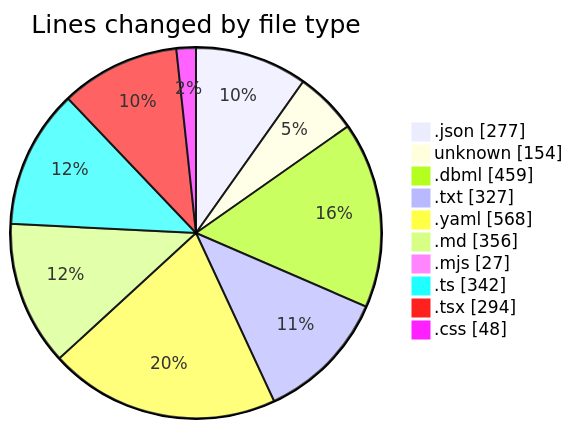
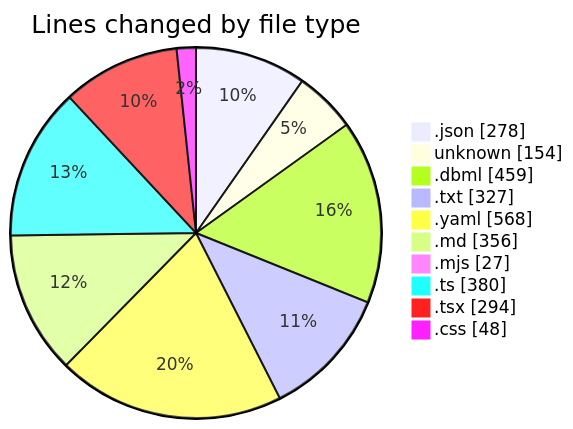
Before and after one commit to mevix1/code-tracking: the first of 2 diagrams in 2025-10-02/oura-api/README.md, drawn with Mermaid. The commit also changed other lines of this file and 1 other file, not shown here.

````diff
--- a/2025-10-02/oura-api/README.md
+++ b/2025-10-02/oura-api/README.md
@@ -52,14 +53,14 @@
 ```mermaid
 pie showData
 title Lines changed by file type
-".json" : 277
+".json" : 278
 "unknown" : 154
 ".dbml" : 459
 ".txt" : 327
 ".yaml" : 568
 ".md" : 356
 ".mjs" : 27
-".ts" : 342
+".ts" : 380
 ".tsx" : 294
 ".css" : 48
 ```
````
